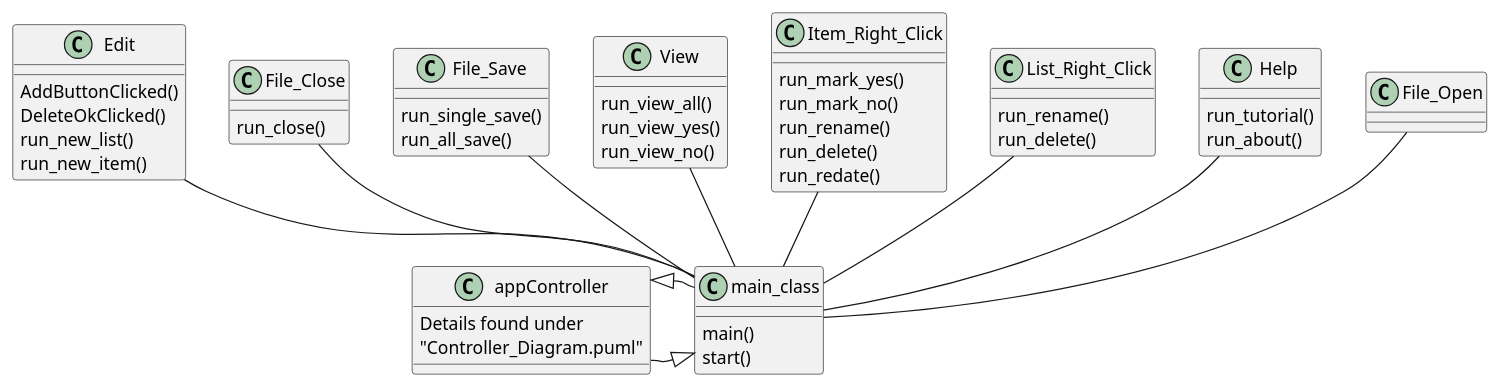
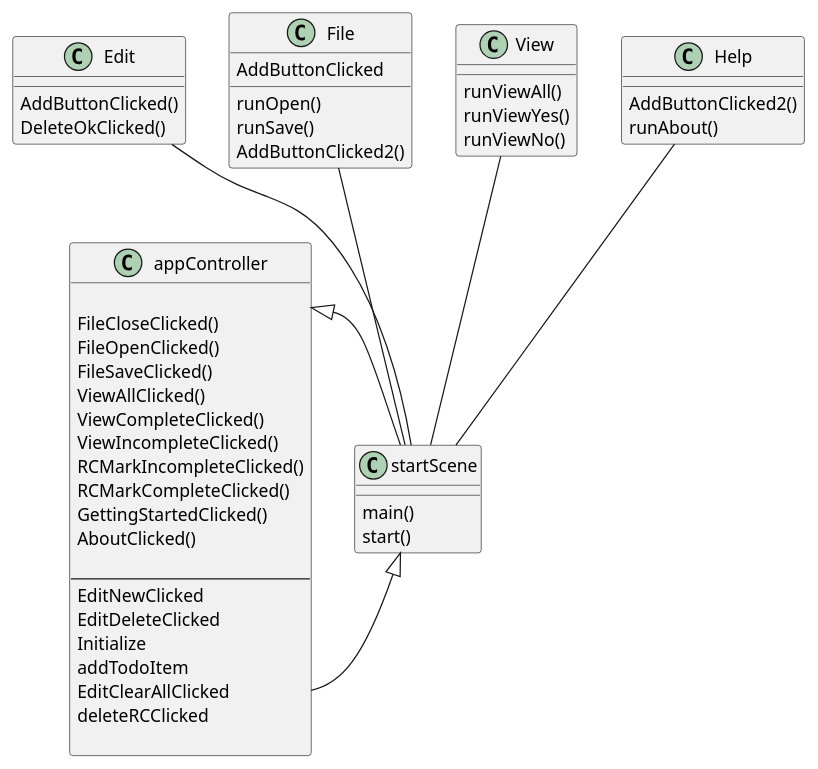
The diagram in uml/Main_Diagram.puml (reyfundora/fundora-cop3330-assignment4part2), drawn with PlantUML before and after one commit. The commit also changed 3 other files, not shown here.

```diff
--- a/uml/Main_Diagram.puml
+++ b/uml/Main_Diagram.puml
@@ -1,72 +1,67 @@
 @startuml
 'https://plantuml.com/sequence-diagram
 
 class appController {
-Details found under
-"Controller_Diagram.puml"
+
+FileCloseClicked()
+FileOpenClicked()
+FileSaveClicked()
+ViewAllClicked()
+ViewCompleteClicked()
+ViewIncompleteClicked()
+RCMarkIncompleteClicked()
+RCMarkCompleteClicked()
+GettingStartedClicked()
+AboutClicked()
+
+--
+EditNewClicked
+EditDeleteClicked
+Initialize
+addTodoItem
+EditClearAllClicked
+deleteRCClicked
+
 }
 
 class Edit {
 AddButtonClicked()
 DeleteOkClicked()
 }
 
-class File_Close {
-run_close()
-}
-
-class File_Save {
-run_single_save()
-run_all_save()
-}
-
-class Edit {
-run_new_list()
-run_new_item()
+class File {
+runOpen()
+AddButtonClicked
+runSave()
+AddButtonClicked2()
 }
 
 class View {
-run_view_all()
-run_view_yes()
-run_view_no()
+runViewAll()
+runViewYes()
+runViewNo()
 }
 
-class Item_Right_Click {
-run_mark_yes()
-run_mark_no()
-run_rename()
-run_delete()
-run_redate()
+class Help {
+AddButtonClicked2()
+runAbout()
 }
 
-class List_Right_Click {
-run_rename()
-run_delete()
-}
-class Help {
-run_tutorial()
-run_about()
-}
-
-class main_class {
+class startScene {
 main()
 start()
 }
 
 
 
-appController -|> main_class
-appController <|- main_class
+appController -|> startScene
+appController <|- startScene
 
-Edit -- main_class
-File_Close -- main_class
-File_Save -- main_class
-File_Open -- main_class
-Item_Right_Click -- main_class
-List_Right_Click -- main_class
-Help -- main_class
-View -- main_class
+Edit -- startScene
+File -- startScene
+Help -- startScene
+View -- startScene
 
 
 
 @enduml
```
